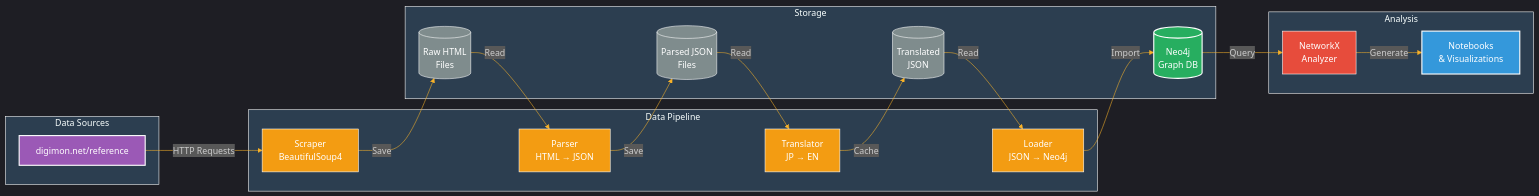
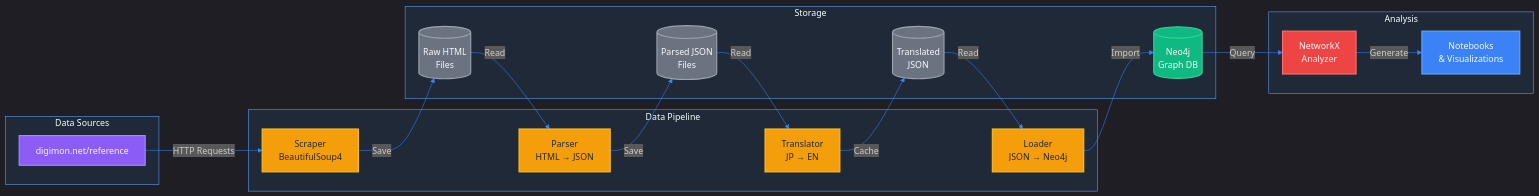
One commit to Ricoledan/digimon-knowledge-graph changed the second of 5 diagrams in CLAUDE.md. Above: the diagram before and after it, drawn with Mermaid. The commit also changed other lines of this file, not shown here.

Commit message:
add diagrams

````diff
--- a/CLAUDE.md
+++ b/CLAUDE.md
@@ -143,51 +143,51 @@
 ```mermaid
-%%{init: {'theme':'dark', 'themeVariables': { 'primaryColor':'#1a1a1a', 'primaryTextColor':'#fff', 'primaryBorderColor':'#7C0000', 'lineColor':'#F8B229', 'secondaryColor':'#006100', 'tertiaryColor':'#2c3e50', 'background':'#1a1a1a', 'mainBkg':'#1a1a1a', 'secondBkg':'#2c3e50', 'tertiaryBkg':'#34495e', 'primaryBorderColor':'#fff', 'secondaryBorderColor':'#fff', 'tertiaryBorderColor':'#fff', 'clusterBkg':'#2c3e50', 'clusterBorder':'#fff', 'fontFamily':'monospace'}}}%%
+%%{init: {'theme':'dark', 'themeVariables': { 'primaryColor':'#1f2937', 'primaryTextColor':'#f9fafb', 'primaryBorderColor':'#60a5fa', 'lineColor':'#3b82f6', 'secondaryColor':'#059669', 'tertiaryColor':'#374151', 'background':'#111827', 'mainBkg':'#1f2937', 'secondBkg':'#374151', 'tertiaryBkg':'#4b5563', 'primaryBorderColor':'#60a5fa', 'secondaryBorderColor':'#10b981', 'tertiaryBorderColor':'#6366f1', 'clusterBkg':'#1f2937', 'clusterBorder':'#60a5fa', 'fontFamily':'monospace'}}}%%
 flowchart LR
     subgraph DS["Data Sources"]
         A[digimon.net/reference]
     end
     
     subgraph DP["Data Pipeline"]
         B[Scraper<br/>BeautifulSoup4]
         C[Parser<br/>HTML → JSON]
         D[Translator<br/>JP → EN]
         E[Loader<br/>JSON → Neo4j]
     end
     
     subgraph ST["Storage"]
         F[(Raw HTML<br/>Files)]
         G[(Parsed JSON<br/>Files)]
         H[(Translated<br/>JSON)]
         I[(Neo4j<br/>Graph DB)]
     end
     
     subgraph AN["Analysis"]
         J[NetworkX<br/>Analyzer]
         K[Notebooks<br/>& Visualizations]
     end
     
     A -->|HTTP Requests| B
     B -->|Save| F
     F -->|Read| C
     C -->|Save| G
     G -->|Read| D
     D -->|Cache| H
     H -->|Read| E
     E -->|Import| I
     I -->|Query| J
     J -->|Generate| K
     
-    classDef source fill:#9b59b6,stroke:#fff,stroke-width:2px,color:#fff
-    classDef storage fill:#27ae60,stroke:#fff,stroke-width:2px,color:#fff
-    classDef output fill:#3498db,stroke:#fff,stroke-width:2px,color:#fff
-    classDef pipeline fill:#f39c12,stroke:#fff,stroke-width:1px,color:#fff
-    classDef files fill:#7f8c8d,stroke:#fff,stroke-width:1px,color:#fff
-    classDef analysis fill:#e74c3c,stroke:#fff,stroke-width:1px,color:#fff
+    classDef source fill:#8b5cf6,stroke:#a78bfa,stroke-width:2px,color:#f9fafb
+    classDef storage fill:#10b981,stroke:#34d399,stroke-width:2px,color:#f9fafb
+    classDef output fill:#3b82f6,stroke:#60a5fa,stroke-width:2px,color:#f9fafb
+    classDef pipeline fill:#f59e0b,stroke:#fbbf24,stroke-width:2px,color:#1f2937
+    classDef files fill:#6b7280,stroke:#9ca3af,stroke-width:2px,color:#f9fafb
+    classDef analysis fill:#ef4444,stroke:#f87171,stroke-width:2px,color:#f9fafb
     
     class A source
     class I storage
     class K output
     class B,C,D,E pipeline
     class F,G,H files
     class J analysis
 ```
````
